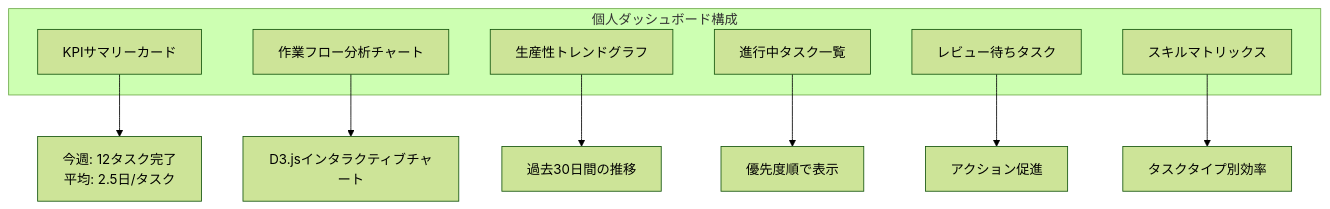
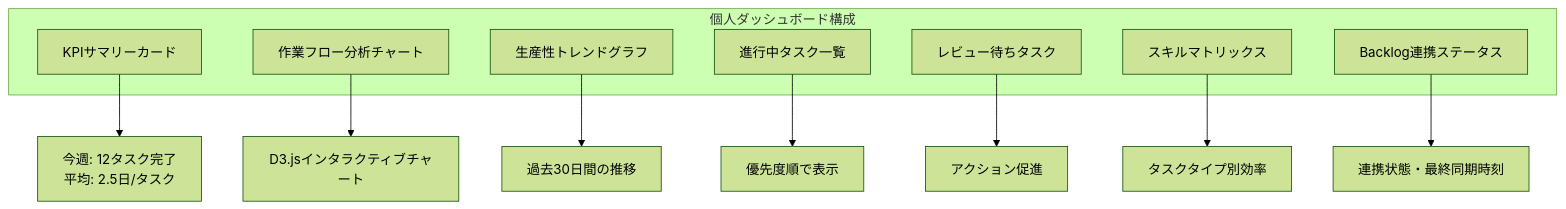
One commit to rasshii/team-insight changed the ninth of 13 diagrams in Doc/mvp.md. Above: the diagram before and after it, drawn with Mermaid (forest theme). The commit also changed other lines of this file and 17 other files, not shown here.

````diff
--- a/Doc/mvp.md
+++ b/Doc/mvp.md
@@ -365,18 +513,20 @@
 ```mermaid
 graph TD
     subgraph "個人ダッシュボード構成"
         A[KPIサマリーカード]
         B[作業フロー分析チャート]
         C[生産性トレンドグラフ]
         D[進行中タスク一覧]
         E[レビュー待ちタスク]
         F[スキルマトリックス]
+        G[Backlog連携ステータス]
     end
 
-    A --> G[今週: 12タスク完了<br>平均: 2.5日/タスク]
-    B --> H[D3.jsインタラクティブチャート]
-    C --> I[過去30日間の推移]
-    D --> J[優先度順で表示]
-    E --> K[アクション促進]
-    F --> L[タスクタイプ別効率]
+    A --> H[今週: 12タスク完了<br>平均: 2.5日/タスク]
+    B --> I[D3.jsインタラクティブチャート]
+    C --> J[過去30日間の推移]
+    D --> K[優先度順で表示]
+    E --> L[アクション促進]
+    F --> M[タスクタイプ別効率]
+    G --> N[連携状態・最終同期時刻]
 ```
````
